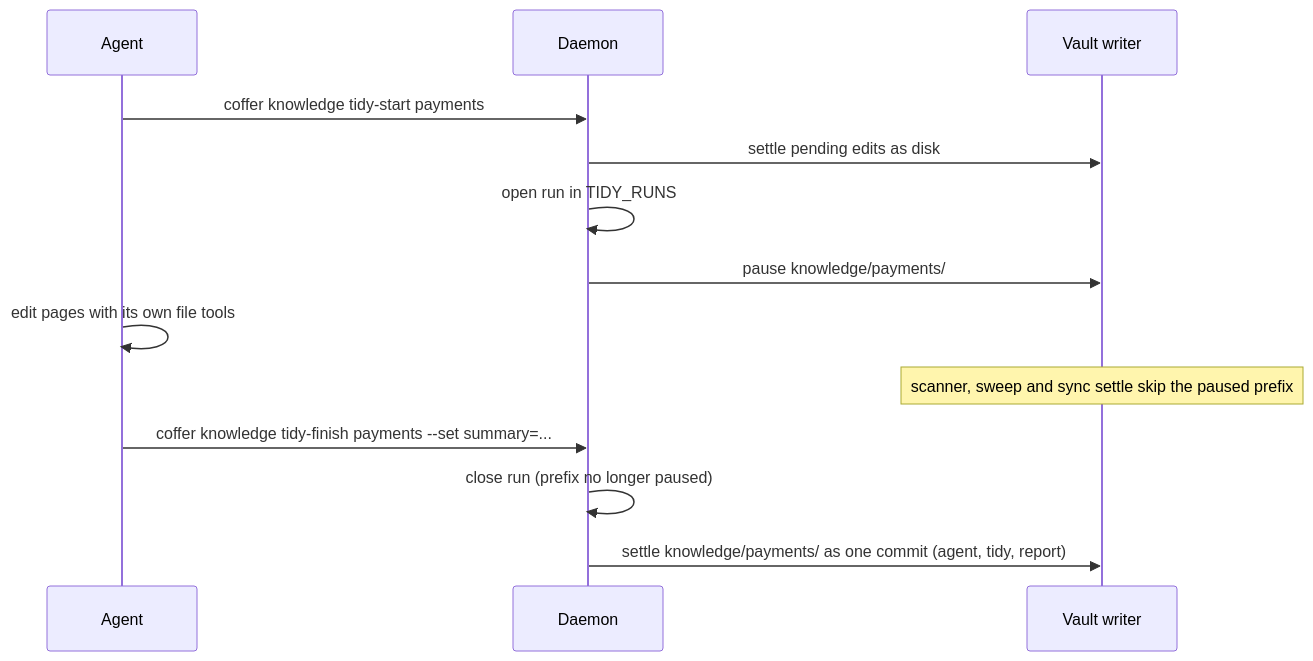
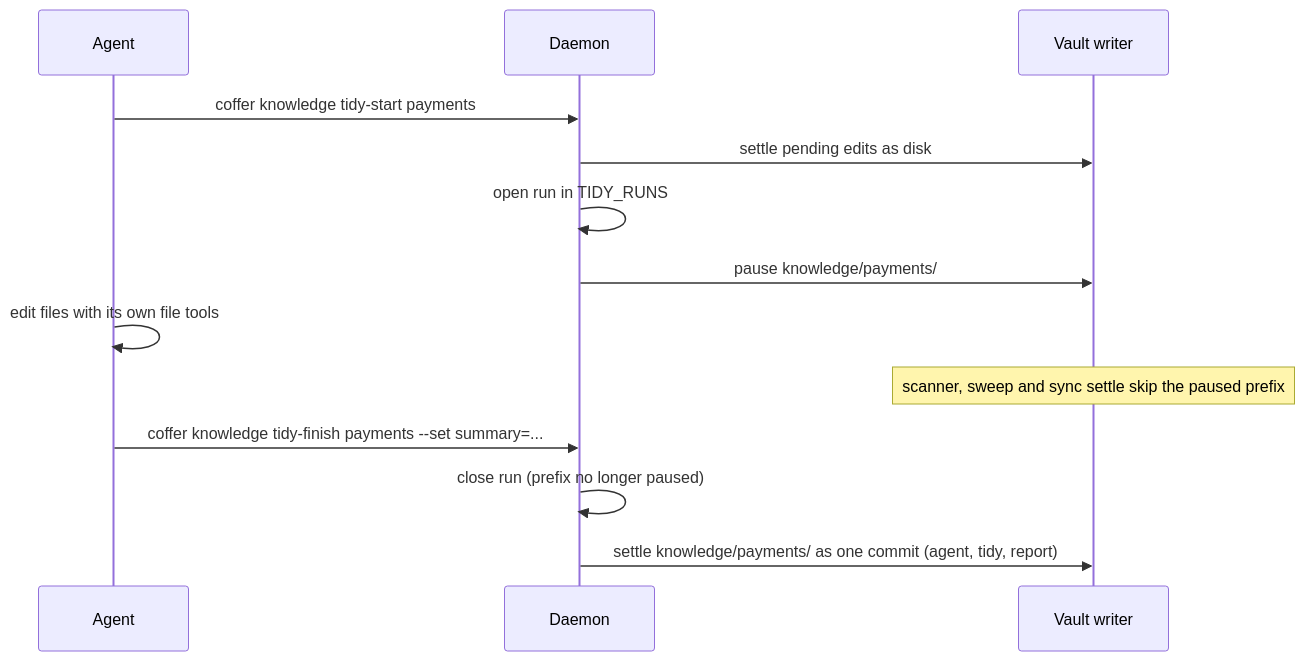
One commit to wyx-sg/Coffer changed the second of 3 diagrams in docs-site/architecture/knowledge.md. Above: the diagram before and after it, drawn with Mermaid. The commit also changed other lines of this file and 138 other files, not shown here.

Commit message:
feat(knowledge): let each collection own its format, one folder per upload (#726)

````diff
--- a/docs-site/architecture/knowledge.md
+++ b/docs-site/architecture/knowledge.md
@@ -322,15 +288,15 @@
 ```mermaid
 sequenceDiagram
   participant A as Agent
   participant D as Daemon
   participant W as Vault writer
   A->>D: coffer knowledge tidy-start payments
   D->>W: settle pending edits as disk
   D->>D: open run in TIDY_RUNS
   D->>W: pause knowledge/payments/
-  A->>A: edit pages with its own file tools
+  A->>A: edit files with its own file tools
   Note over W: scanner, sweep and sync settle skip the paused prefix
   A->>D: coffer knowledge tidy-finish payments --set summary=...
   D->>D: close run (prefix no longer paused)
   D->>W: settle knowledge/payments/ as one commit (agent, tidy, report)
 ```
````
